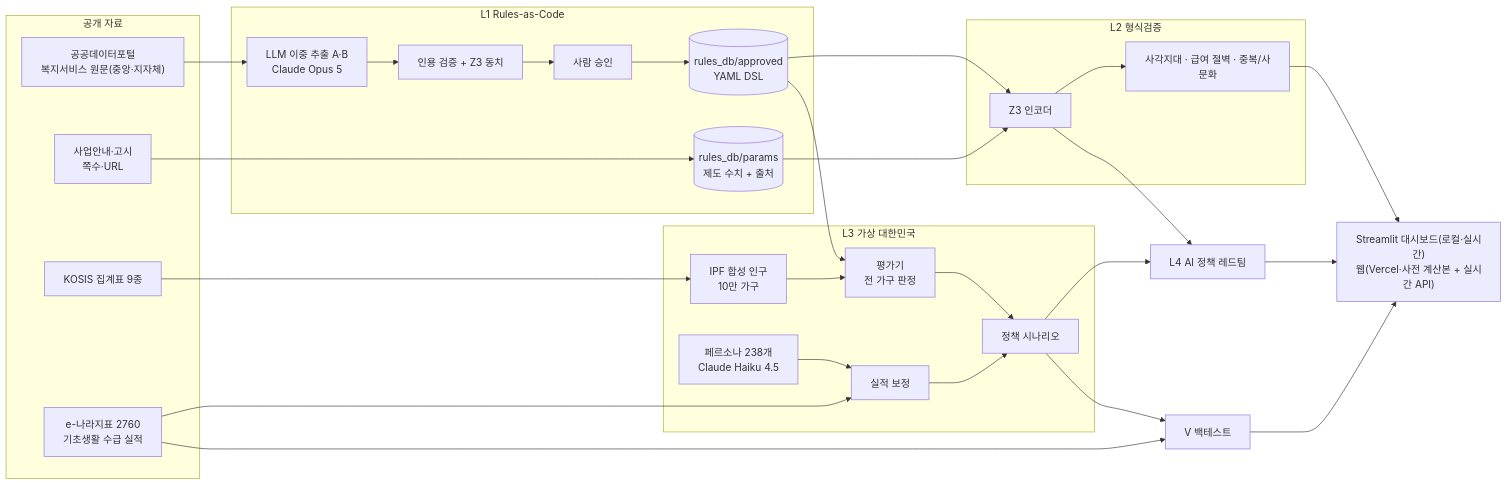
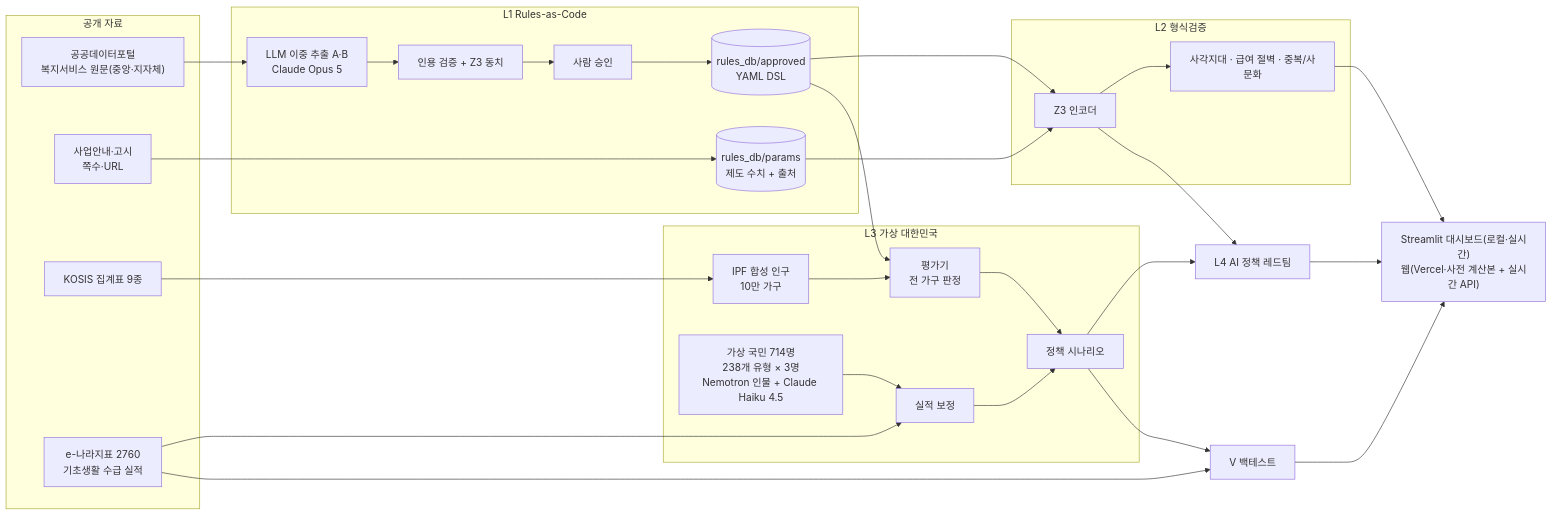
One commit to LeeJaeHaeng/WelfareTwin changed the first of 2 diagrams in README.md. Above: the diagram before and after it, drawn with Mermaid. The commit also changed other lines of this file and 27 other files, not shown here.

````diff
--- a/README.md
+++ b/README.md
@@ -149,34 +149,34 @@
 ```mermaid
 flowchart LR
   subgraph SRC["공개 자료"]
     API["공공데이터포털<br/>복지서비스 원문(중앙·지자체)"]
     GUIDE["사업안내·고시<br/>쪽수·URL"]
     KOSIS["KOSIS 집계표 9종"]
     ENARA["e-나라지표 2760<br/>기초생활 수급 실적"]
   end
   subgraph L1["L1 Rules-as-Code"]
     EX["LLM 이중 추출 A·B<br/>Claude Opus 5"] --> CC["인용 검증 + Z3 동치"] --> HUM["사람 승인"] --> DB[("rules_db/approved<br/>YAML DSL")]
     PAR[("rules_db/params<br/>제도 수치 + 출처")]
   end
   subgraph L2["L2 형식검증"]
     ENC["Z3 인코더"] --> Q["사각지대 · 급여 절벽 · 중복/사문화"]
   end
   subgraph L3["L3 가상 대한민국"]
     IPF["IPF 합성 인구<br/>10만 가구"] --> EVAL["평가기<br/>전 가구 판정"] --> SCN["정책 시나리오"]
-    PER["페르소나 238개<br/>Claude Haiku 4.5"] --> CAL["실적 보정"] --> SCN
+    PER["가상 국민 714명<br/>238개 유형 × 3명<br/>Nemotron 인물 + Claude Haiku 4.5"] --> CAL["실적 보정"] --> SCN
   end
   API --> EX
   GUIDE --> PAR
   DB --> ENC
   PAR --> ENC
   DB --> EVAL
   KOSIS --> IPF
   ENARA --> CAL
   SCN --> RT["L4 AI 정책 레드팀"]
   ENC --> RT
   SCN --> BT["V 백테스트"]
   ENARA --> BT
   Q --> OUT["Streamlit 대시보드(로컬·실시간)<br/>웹(Vercel·사전 계산본 + 실시간 API)"]
   RT --> OUT
   BT --> OUT
 ```
````
